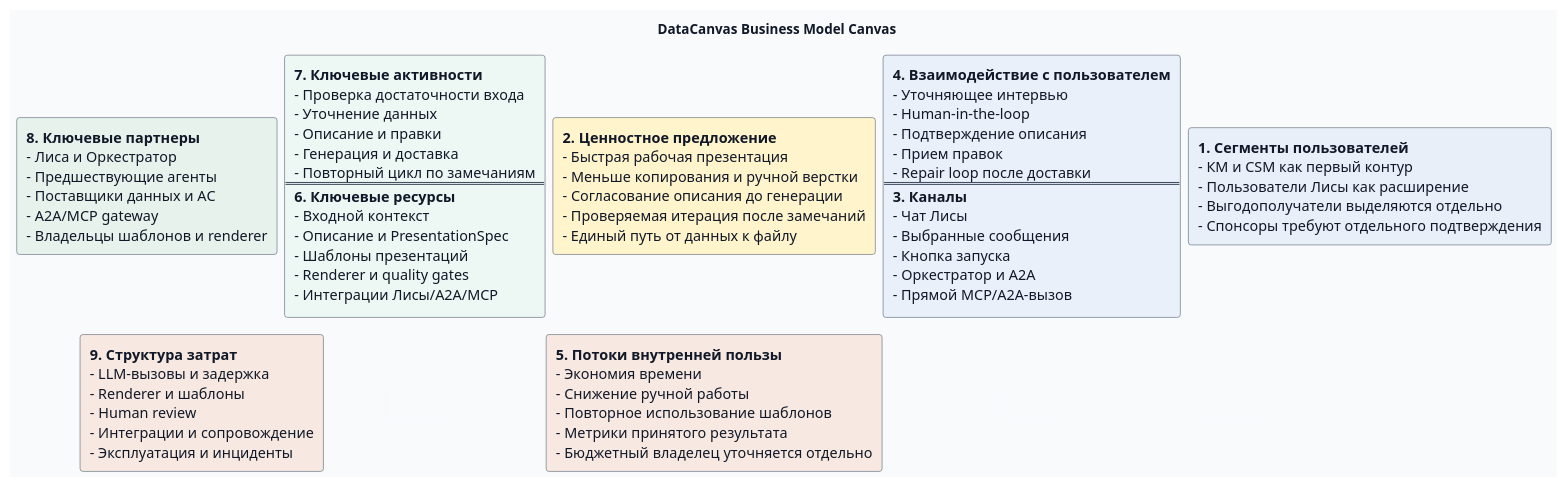
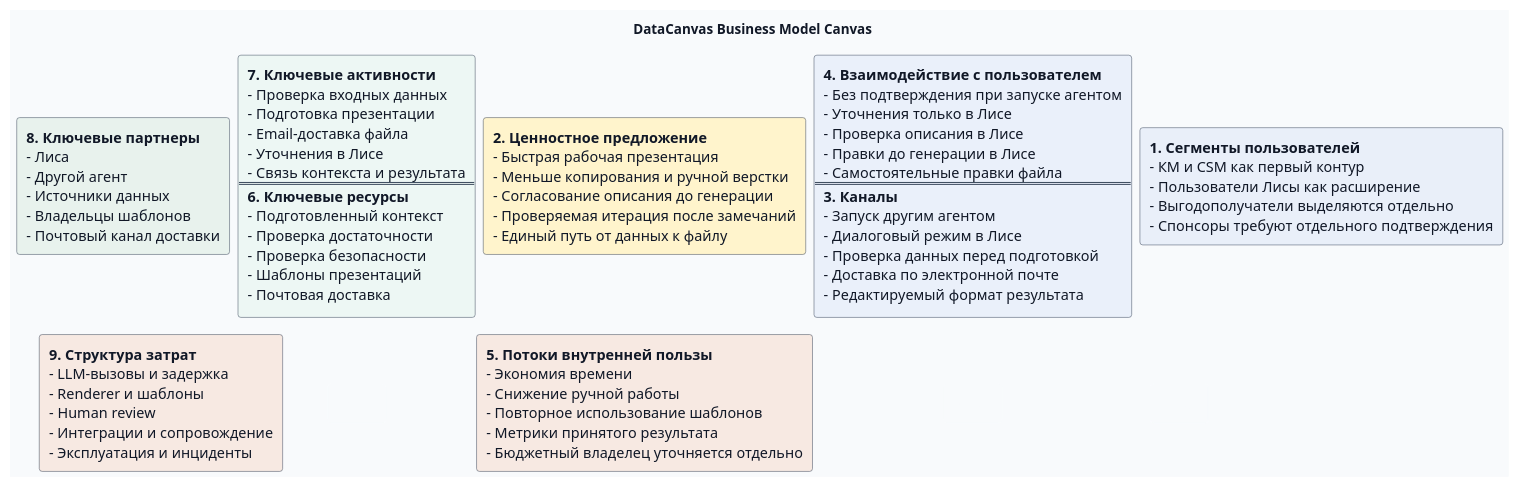
The diagram in docs/product/bmc/source/derived/datacanvas-bmc.puml (RussianLioN/datacanvas), drawn with PlantUML before and after one commit. The commit also changed 21 other files, not shown here.

```diff
--- a/docs/product/bmc/source/derived/datacanvas-bmc.puml
+++ b/docs/product/bmc/source/derived/datacanvas-bmc.puml
@@ -1,44 +1,44 @@
 @startuml
 ' generated by scripts/generate-bmc-artifacts.mjs; do not edit by hand.
 title DataCanvas Business Model Canvas
 top to bottom direction
 skinparam backgroundColor #F8FAFC
 skinparam nodesep 8
 skinparam ranksep 18
 skinparam defaultFontName "Noto Sans"
 skinparam defaultFontColor #111827
 skinparam defaultFontSize 15
 skinparam rectangle {
   RoundCorner 6
   Shadowing false
   BorderColor #334155
 }
 skinparam rectangle<<gap>> {
   BorderColor #F8FAFC
   BackgroundColor #F8FAFC
   FontColor #F8FAFC
 }
-rectangle "<b>8. Ключевые партнеры</b>\n- Лиса и Оркестратор\n- Предшествующие агенты\n- Поставщики данных и АС\n- A2A/MCP gateway\n- Владельцы шаблонов и renderer" as B8 #E8F2ED
-rectangle "<b>7. Ключевые активности</b>\n- Проверка достаточности входа\n- Уточнение данных\n- Описание и правки\n- Генерация и доставка\n- Повторный цикл по замечаниям\n==\n<b>6. Ключевые ресурсы</b>\n- Входной контекст\n- Описание и PresentationSpec\n- Шаблоны презентаций\n- Renderer и quality gates\n- Интеграции Лисы/A2A/MCP" as B76 #EDF7F4
+rectangle "<b>8. Ключевые партнеры</b>\n- Лиса\n- Другой агент\n- Источники данных\n- Владельцы шаблонов\n- Почтовый канал доставки" as B8 #E8F2ED
+rectangle "<b>7. Ключевые активности</b>\n- Проверка входных данных\n- Подготовка презентации\n- Email-доставка файла\n- Уточнения в Лисе\n- Связь контекста и результата\n==\n<b>6. Ключевые ресурсы</b>\n- Подготовленный контекст\n- Проверка достаточности\n- Проверка безопасности\n- Шаблоны презентаций\n- Почтовая доставка" as B76 #EDF7F4
 rectangle "<b>2. Ценностное предложение</b>\n- Быстрая рабочая презентация\n- Меньше копирования и ручной верстки\n- Согласование описания до генерации\n- Проверяемая итерация после замечаний\n- Единый путь от данных к файлу" as B2 #FFF4CC
-rectangle "<b>4. Взаимодействие с пользователем</b>\n- Уточняющее интервью\n- Human-in-the-loop\n- Подтверждение описания\n- Прием правок\n- Repair loop после доставки\n==\n<b>3. Каналы</b>\n- Чат Лисы\n- Выбранные сообщения\n- Кнопка запуска\n- Оркестратор и A2A\n- Прямой MCP/A2A-вызов" as B43 #EAF0FA
+rectangle "<b>4. Взаимодействие с пользователем</b>\n- Без подтверждения при запуске агентом\n- Уточнения только в Лисе\n- Проверка описания в Лисе\n- Правки до генерации в Лисе\n- Самостоятельные правки файла\n==\n<b>3. Каналы</b>\n- Запуск другим агентом\n- Диалоговый режим в Лисе\n- Проверка данных перед подготовкой\n- Доставка по электронной почте\n- Редактируемый формат результата" as B43 #EAF0FA
 rectangle "<b>1. Сегменты пользователей</b>\n- КМ и CSM как первый контур\n- Пользователи Лисы как расширение\n- Выгодополучатели выделяются отдельно\n- Спонсоры требуют отдельного подтверждения" as B1 #E9EFF9
 rectangle "<b>9. Структура затрат</b>\n- LLM-вызовы и задержка\n- Renderer и шаблоны\n- Human review\n- Интеграции и сопровождение\n- Эксплуатация и инциденты" as B9 #F7E9E2
 rectangle " " as E1 <<gap>>
 rectangle "<b>5. Потоки внутренней пользы</b>\n- Экономия времени\n- Снижение ручной работы\n- Повторное использование шаблонов\n- Метрики принятого результата\n- Бюджетный владелец уточняется отдельно" as B5 #F7E9E2
 rectangle " " as E2 <<gap>>
 rectangle " " as E3 <<gap>>
 B8 -[hidden]right- B76
 B76 -[hidden]right- B2
 B2 -[hidden]right- B43
 B43 -[hidden]right- B1
 B8 -[hidden]down- B9
 B76 -[hidden]down- E1
 B2 -[hidden]down- B5
 B43 -[hidden]down- E2
 B1 -[hidden]down- E3
 B9 -[hidden]right- E1
 E1 -[hidden]right- B5
 B5 -[hidden]right- E2
 E2 -[hidden]right- E3
 @enduml
```
